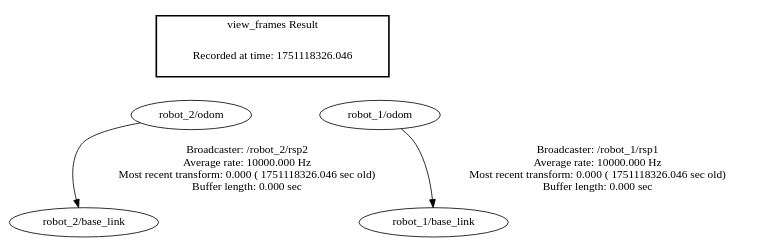
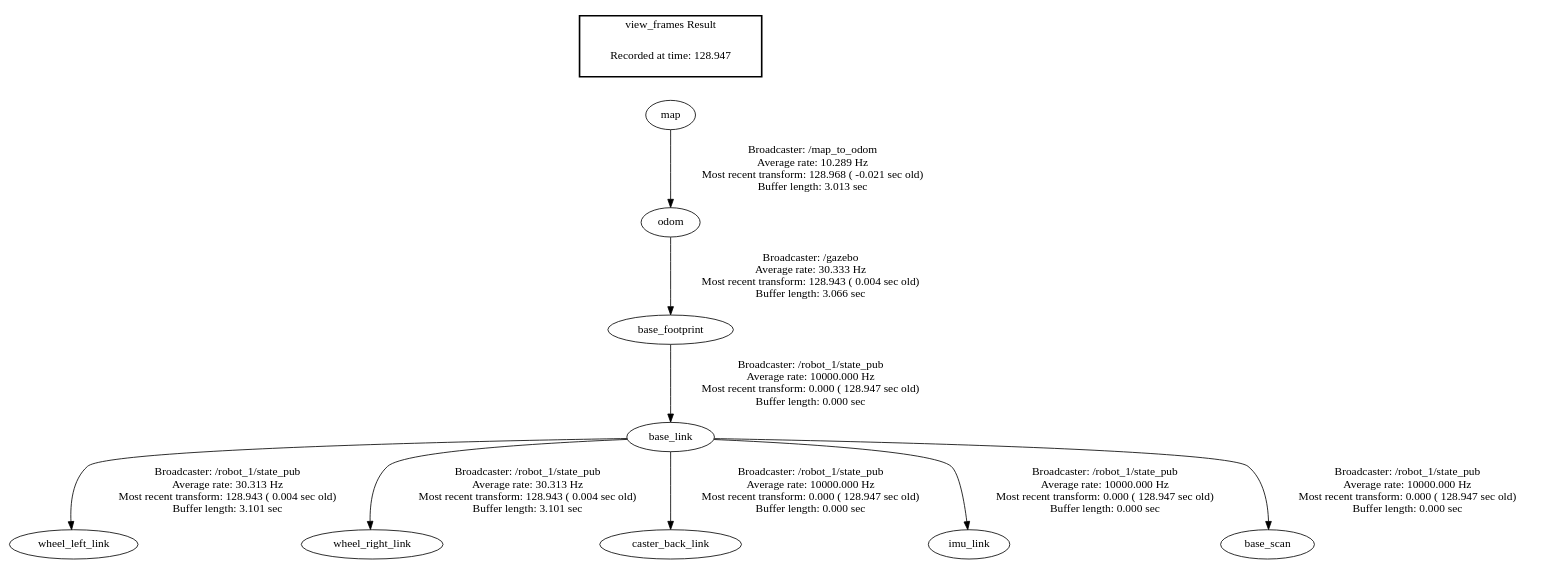
One commit to curandvol/SmartFactory changed the diagram in frames.gv. Above: the diagram before and after it, drawn with Graphviz. The commit also changed other lines of this file and 6 other files, not shown here.

```diff
--- a/frames.gv
+++ b/frames.gv
@@ -1,12 +1,14 @@
 digraph G {
-"robot_2/odom" -> "robot_2/base_link"[label="Broadcaster: /robot_2/rsp2\nAverage rate: 10000.000 Hz\nMost recent transform: 0.000 ( 1751118326.046 sec old)\nBuffer length: 0.000 sec\n"];
-"robot_1/odom" -> "robot_1/base_link"[label="Broadcaster: /robot_1/rsp1\nAverage rate: 10000.000 Hz\nMost recent transform: 0.000 ( 1751118326.046 sec old)\nBuffer length: 0.000 sec\n"];
+"base_link" -> "wheel_left_link"[label="Broadcaster: /robot_1/state_pub\nAverage rate: 30.313 Hz\nMost recent transform: 128.943 ( 0.004 sec old)\nBuffer length: 3.101 sec\n"];
+"base_footprint" -> "base_link"[label="Broadcaster: /robot_1/state_pub\nAverage rate: 10000.000 Hz\nMost recent transform: 0.000 ( 128.947 sec old)\nBuffer length: 0.000 sec\n"];
+"base_link" -> "wheel_right_link"[label="Broadcaster: /robot_1/state_pub\nAverage rate: 30.313 Hz\nMost recent transform: 128.943 ( 0.004 sec old)\nBuffer length: 3.101 sec\n"];
+"odom" -> "base_footprint"[label="Broadcaster: /gazebo\nAverage rate: 30.333 Hz\nMost recent transform: 128.943 ( 0.004 sec old)\nBuffer length: 3.066 sec\n"];
+"base_link" -> "caster_back_link"[label="Broadcaster: /robot_1/state_pub\nAverage rate: 10000.000 Hz\nMost recent transform: 0.000 ( 128.947 sec old)\nBuffer length: 0.000 sec\n"];
+"base_link" -> "imu_link"[label="Broadcaster: /robot_1/state_pub\nAverage rate: 10000.000 Hz\nMost recent transform: 0.000 ( 128.947 sec old)\nBuffer length: 0.000 sec\n"];
+"base_link" -> "base_scan"[label="Broadcaster: /robot_1/state_pub\nAverage rate: 10000.000 Hz\nMost recent transform: 0.000 ( 128.947 sec old)\nBuffer length: 0.000 sec\n"];
+"map" -> "odom"[label="Broadcaster: /map_to_odom\nAverage rate: 10.289 Hz\nMost recent transform: 128.968 ( -0.021 sec old)\nBuffer length: 3.013 sec\n"];
 edge [style=invis];
  subgraph cluster_legend { style=bold; color=black; label ="view_frames Result";
-"Recorded at time: 1751118326.046"[ shape=plaintext ] ;
- }->"robot_2/odom";
-edge [style=invis];
- subgraph cluster_legend { style=bold; color=black; label ="view_frames Result";
-"Recorded at time: 1751118326.046"[ shape=plaintext ] ;
- }->"robot_1/odom";
+"Recorded at time: 128.947"[ shape=plaintext ] ;
+ }->"map";
 }
```
